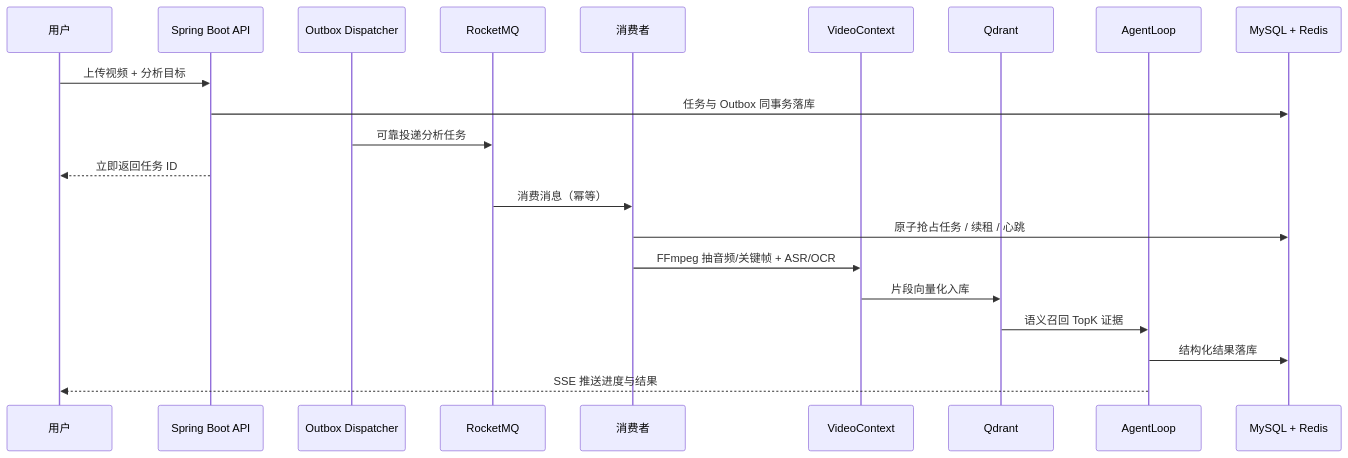
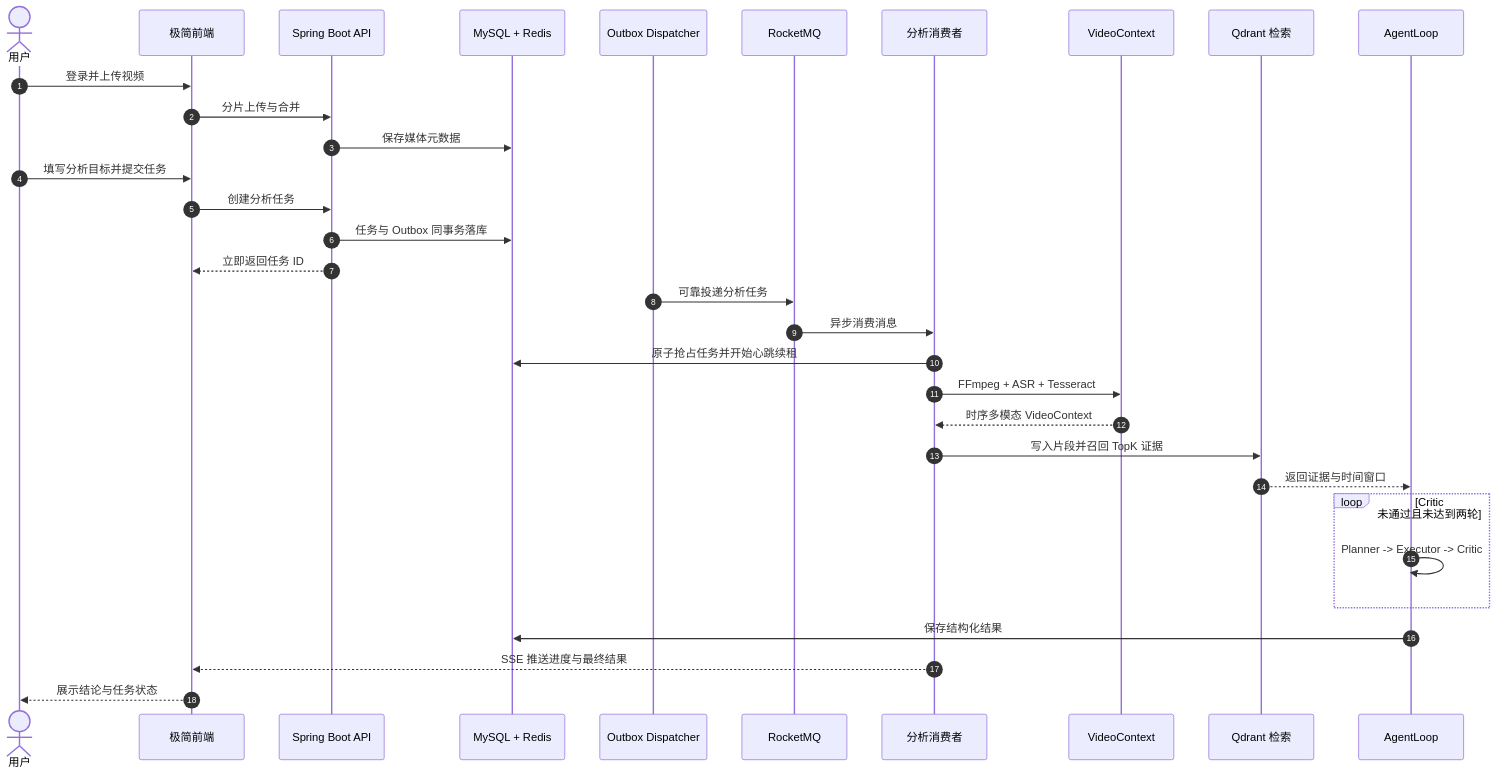
The diagram in README.md (ipoo-1/IpoVideo), drawn with Mermaid before and after one commit. The commit also changed other lines of this file, not shown here.

````diff
--- a/README.md
+++ b/README.md
@@ -21,24 +93,35 @@
 ```mermaid
 sequenceDiagram
-    participant User as 用户
+    autonumber
+    actor User as 用户
+    participant Web as 极简前端
     participant API as Spring Boot API
+    participant State as MySQL + Redis
     participant Outbox as Outbox Dispatcher
     participant MQ as RocketMQ
-    participant Worker as 消费者
+    participant Worker as 分析消费者
     participant Context as VideoContext
-    participant Vector as Qdrant
+    participant Search as Qdrant 检索
     participant Agent as AgentLoop
-    participant DB as MySQL + Redis
 
-    User->>API: 上传视频 + 分析目标
-    API->>DB: 任务与 Outbox 同事务落库
+    User->>Web: 登录并上传视频
+    Web->>API: 分片上传与合并
+    API->>State: 保存媒体元数据
+    User->>Web: 填写分析目标并提交任务
+    Web->>API: 创建分析任务
+    API->>State: 任务与 Outbox 同事务落库
+    API-->>Web: 立即返回任务 ID
     Outbox->>MQ: 可靠投递分析任务
-    API-->>User: 立即返回任务 ID
-    MQ->>Worker: 消费消息（幂等）
-    Worker->>DB: 原子抢占任务 / 续租 / 心跳
-    Worker->>Context: FFmpeg 抽音频/关键帧 + ASR/OCR
-    Context->>Vector: 片段向量化入库
-    Vector->>Agent: 语义召回 TopK 证据
-    Agent->>DB: 结构化结果落库
-    Agent-->>User: SSE 推送进度与结果
+    MQ->>Worker: 异步消费消息
+    Worker->>State: 原子抢占任务并开始心跳续租
+    Worker->>Context: FFmpeg + ASR + Tesseract
+    Context-->>Worker: 时序多模态 VideoContext
+    Worker->>Search: 写入片段并召回 TopK 证据
+    Search-->>Agent: 返回证据与时间窗口
+    loop Critic 未通过且未达到两轮
+        Agent->>Agent: Planner -> Executor -> Critic
+    end
+    Agent->>State: 保存结构化结果
+    Worker-->>Web: SSE 推送进度与最终结果
+    Web-->>User: 展示结论与任务状态
 ```
````
